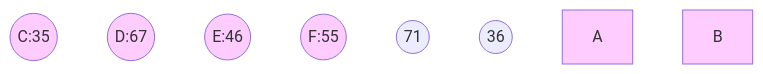
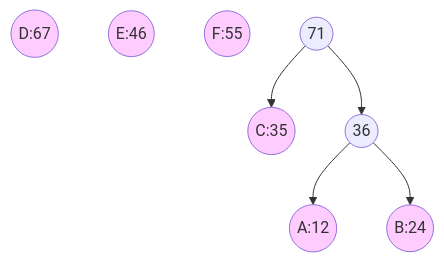
One commit to dmjcb/dmjcb.github.io changed the third of 7 diagrams in _posts/DataStructures/Tree/BinaryTree/2020-01-16-哈夫曼树.md. Above: the diagram before and after it, drawn with Mermaid. The commit also changed other lines of this file and 122 other files, not shown here.

Commit message:
修复图形显示BUG

````diff
--- a/_posts/DataStructures/Tree/BinaryTree/2020-01-16-哈夫曼树.md
+++ b/_posts/DataStructures/Tree/BinaryTree/2020-01-16-哈夫曼树.md
@@ -68,19 +70,23 @@
 ```mermaid
 graph TB
     C((C:35))
     D((D:67))
     E((E:46))
     F((F:55))
 
     Y((71))
     X((36)) 
 
+    Y --> X
+    Y --> C((C:35))
+    X --> A((A:12))
+    X --> B((B:24))
 
     A:::Style
     B:::Style
     C:::Style
     D:::Style
     E:::Style
     F:::Style
     classDef Style fill:#FFCCFF
 ```
````
